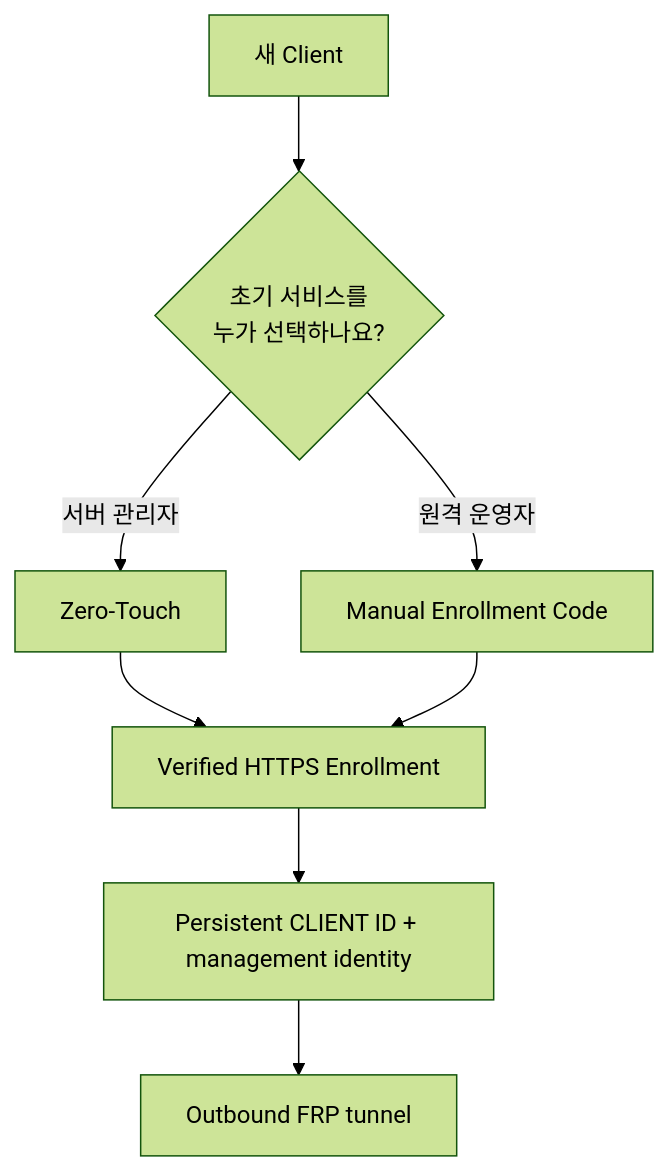
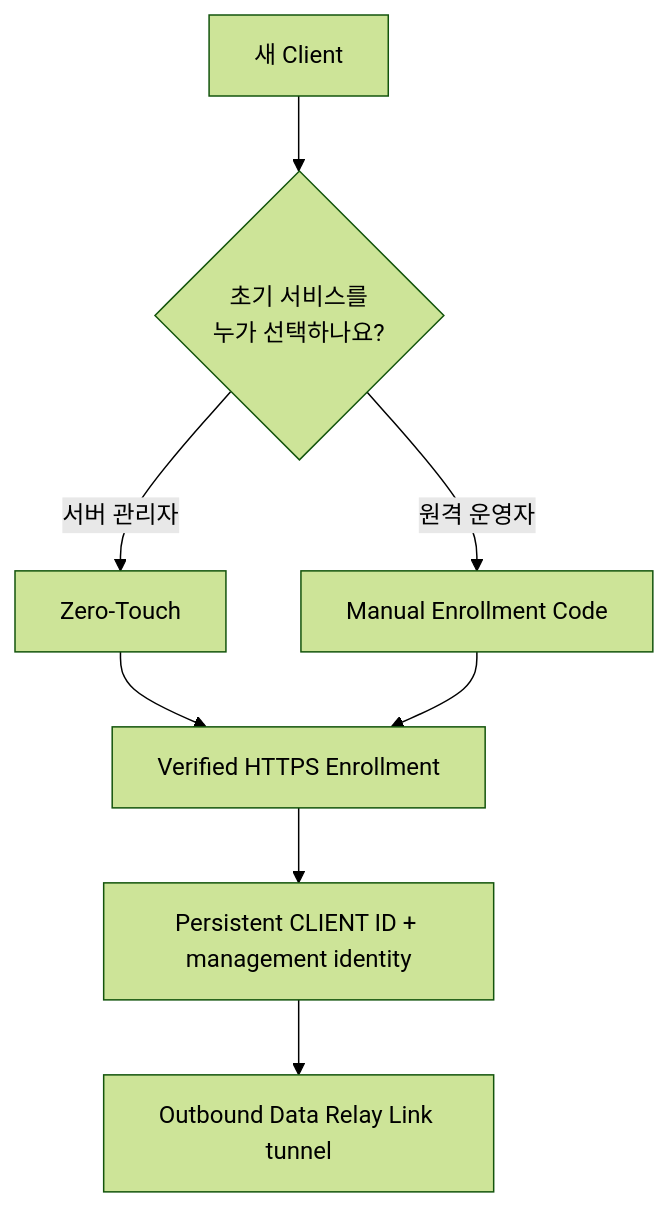
The diagram in ko/guides/enrollment.mdx (datarelay-labs/data-relay-link-docs), drawn with Mermaid (forest theme) before and after one commit. The commit also changed other lines of this file and 32 other files, not shown here.

````diff
--- a/ko/guides/enrollment.mdx
+++ b/ko/guides/enrollment.mdx
@@ -18,10 +18,10 @@
 ```mermaid
 flowchart TD
     A[새 Client] --> B{초기 서비스를\n누가 선택하나요?}
     B -->|서버 관리자| Z[Zero-Touch]
     B -->|원격 운영자| M[Manual Enrollment Code]
     Z --> E[Verified HTTPS Enrollment]
     M --> E
     E --> I[Persistent CLIENT ID + management identity]
-    I --> T[Outbound FRP tunnel]
+    I --> T[Outbound Data Relay Link tunnel]
 ```
````
